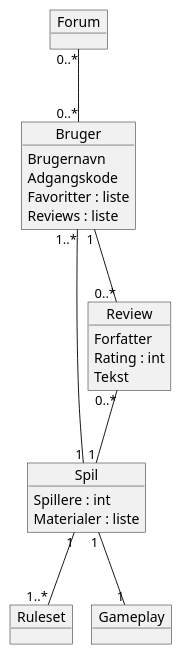
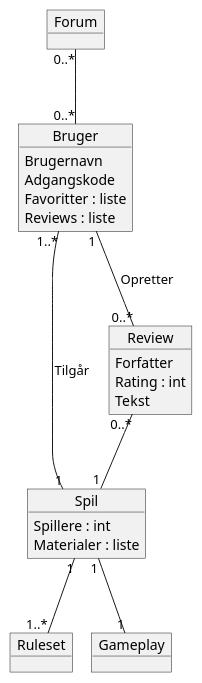
One commit to AlecDH/Party-Games-Pet-Project changed the diagram in doc/Domæne.puml. Above: the diagram before and after it, drawn with PlantUML. The commit also changed 1 other file, not shown here.

```diff
--- a/doc/Domæne.puml
+++ b/doc/Domæne.puml
@@ -1,36 +1,36 @@
 @startuml
 !pragma layout smetana
 'https://plantuml.com/sequence-diagram
 
 object Bruger{
 Brugernavn
 Adgangskode
 Favoritter : liste
 Reviews : liste
 }
 
 object Spil{
 Spillere : int
 Materialer : liste
 }
 
 object Review{
 Forfatter
 Rating : int
 Tekst
 }
 
 object Forum
 
 object Ruleset
 
 object Gameplay
 
-Bruger "1..*" --- "1" Spil
+Bruger "1..*" --- "1" Spil : Tilgår
 Review "0..*" --- "1" Spil
-Bruger "1" --- "0..*" Review
+Bruger "1" --- "0..*" Review : Opretter
 Forum "0..*" --- "0..*" Bruger
 Spil "1" --- "1..*" Ruleset
 Spil "1" --- "1" Gameplay
 
 @enduml
```
